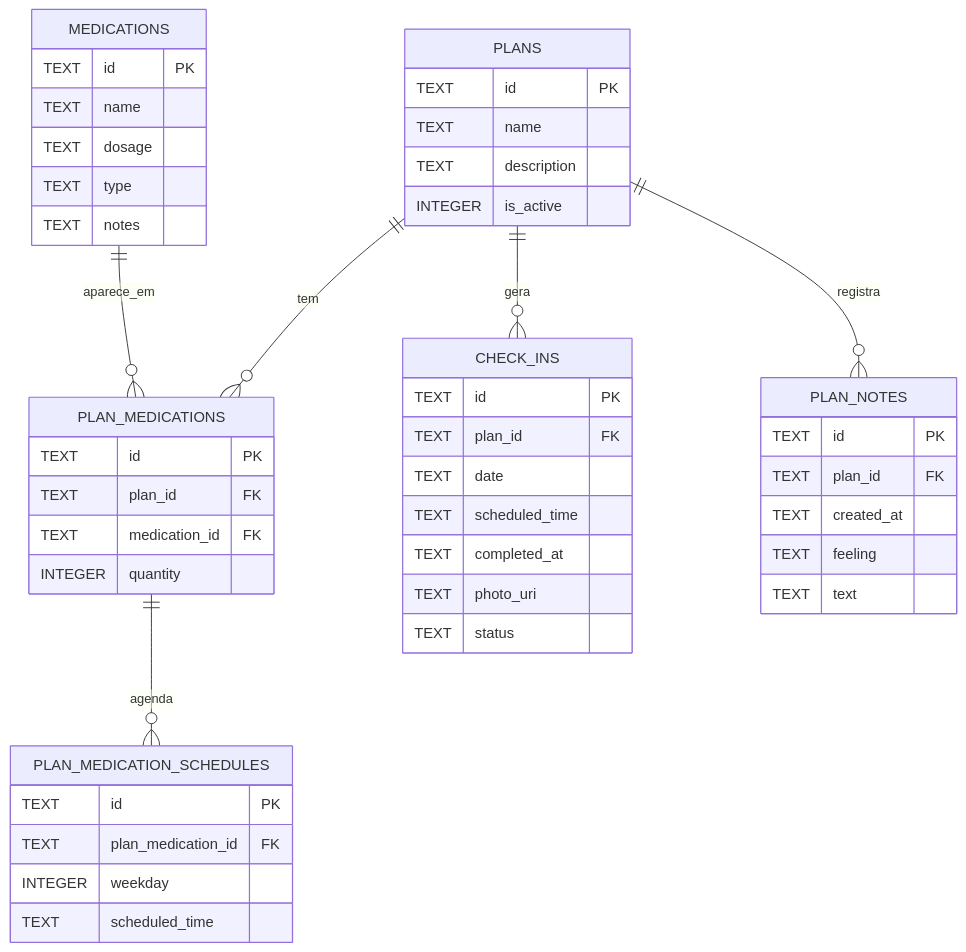
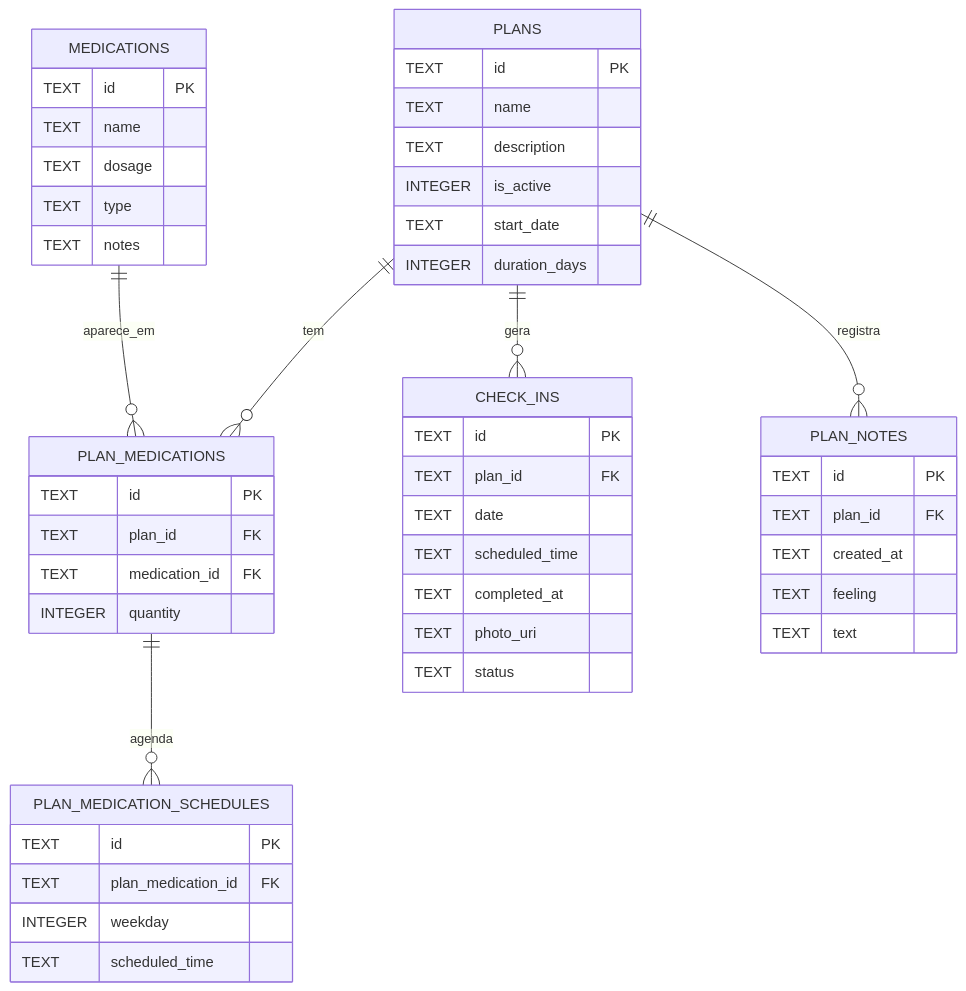
One commit to VStahelin/remedero changed the diagram in docs/database-relationships.md. Above: the diagram before and after it, drawn with Mermaid. The commit also changed other lines of this file and 69 other files, not shown here.

````diff
--- a/docs/database-relationships.md
+++ b/docs/database-relationships.md
@@ -3,55 +3,57 @@
 ```mermaid
 erDiagram
   PLANS {
     TEXT id PK
     TEXT name
     TEXT description
     INTEGER is_active
+    TEXT start_date
+    INTEGER duration_days
   }
 
   MEDICATIONS {
     TEXT id PK
     TEXT name
     TEXT dosage
     TEXT type
     TEXT notes
   }
 
   PLAN_MEDICATIONS {
     TEXT id PK
     TEXT plan_id FK
     TEXT medication_id FK
     INTEGER quantity
   }
 
   PLAN_MEDICATION_SCHEDULES {
     TEXT id PK
     TEXT plan_medication_id FK
     INTEGER weekday
     TEXT scheduled_time
   }
 
   CHECK_INS {
     TEXT id PK
     TEXT plan_id FK
     TEXT date
     TEXT scheduled_time
     TEXT completed_at
     TEXT photo_uri
     TEXT status
   }
 
   PLAN_NOTES {
     TEXT id PK
     TEXT plan_id FK
     TEXT created_at
     TEXT feeling
     TEXT text
   }
 
   PLANS ||--o{ PLAN_MEDICATIONS : tem
   MEDICATIONS ||--o{ PLAN_MEDICATIONS : aparece_em
   PLAN_MEDICATIONS ||--o{ PLAN_MEDICATION_SCHEDULES : agenda
   PLANS ||--o{ CHECK_INS : gera
   PLANS ||--o{ PLAN_NOTES : registra
 ```
````
